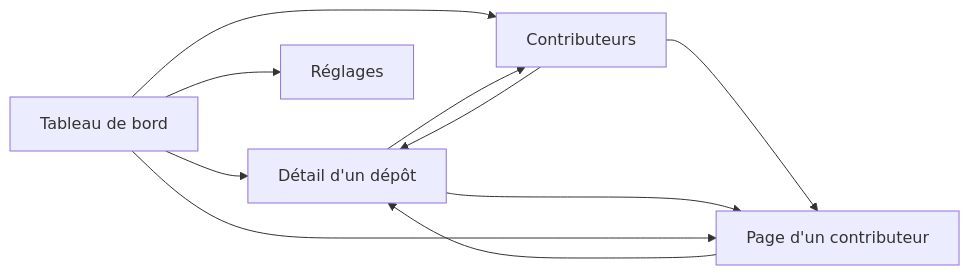
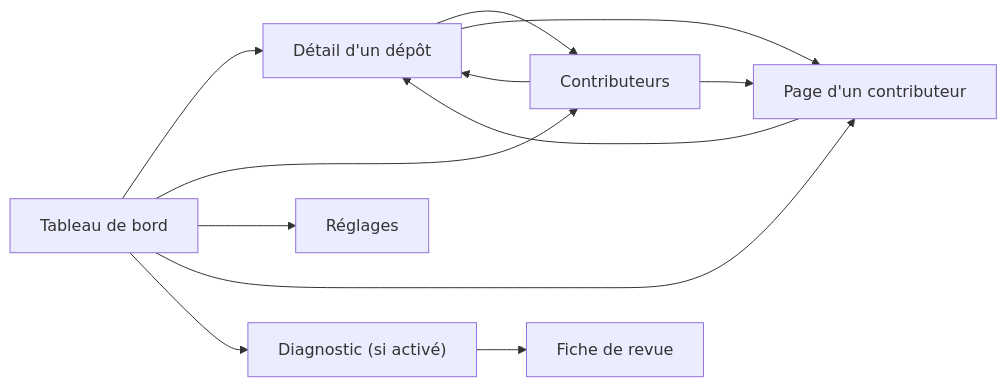
One commit to studoo-app/watchoo changed the diagram in documentation/fr/06-interface-web.md. Above: the diagram before and after it, drawn with Mermaid. The commit also changed other lines of this file and 44 other files, not shown here.

First line of the commit message:
feat: phase 7.4 du diagnostic, revue humaine sur le web

````diff
--- a/documentation/fr/06-interface-web.md
+++ b/documentation/fr/06-interface-web.md
@@ -378,12 +400,14 @@
 ```mermaid
 flowchart LR
     DASH["Tableau de bord"] --> REPO["Détail d'un dépôt"]
     DASH --> CONTRIB["Contributeurs"]
     DASH --> SET["Réglages"]
     REPO --> CONTRIB
     CONTRIB --> REPO
     CONTRIB --> PERSON["Page d'un contributeur"]
     REPO --> PERSON
     DASH --> PERSON
     PERSON --> REPO
+    DASH --> DIAG["Diagnostic (si activé)"]
+    DIAG --> LEAD["Fiche de revue"]
 ```
````
